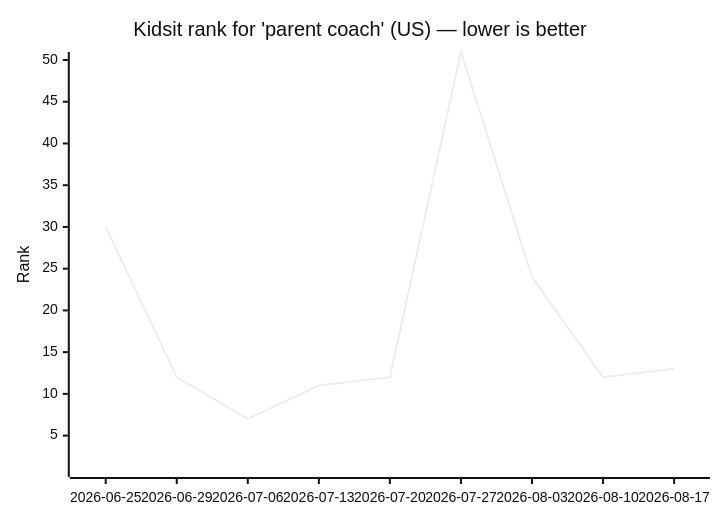
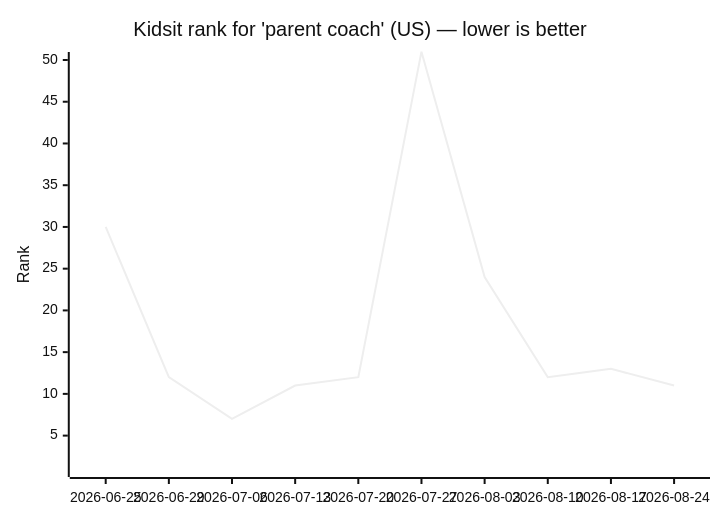
Before and after one commit to omer72/aso-tool: the diagram in scout-log.md, drawn with Mermaid (neutral theme). The commit also changed other lines of this file, not shown here.

````diff
--- a/scout-log.md
+++ b/scout-log.md
@@ -8,7 +8,7 @@
 ```mermaid
 xychart-beta
     title "Kidsit rank for 'parent coach' (US) — lower is better"
-    x-axis ["2026-06-25", "2026-06-29", "2026-07-06", "2026-07-13", "2026-07-20", "2026-07-27", "2026-08-03", "2026-08-10", "2026-08-17"]
+    x-axis ["2026-06-25", "2026-06-29", "2026-07-06", "2026-07-13", "2026-07-20", "2026-07-27", "2026-08-03", "2026-08-10", "2026-08-17", "2026-08-24"]
     y-axis "Rank" 1 --> 50
-    line [30, 12, 7, 11, 12, 51, 24, 12, 13]
+    line [30, 12, 7, 11, 12, 51, 24, 12, 13, 11]
 ```
````
